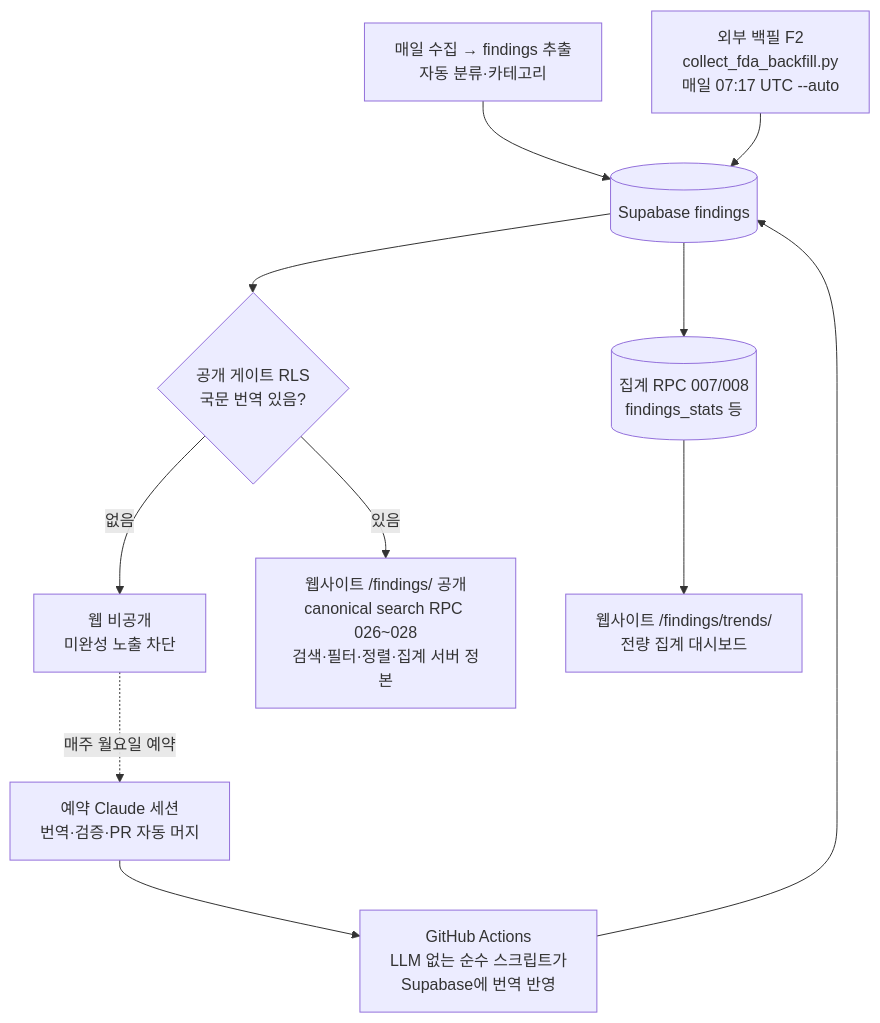
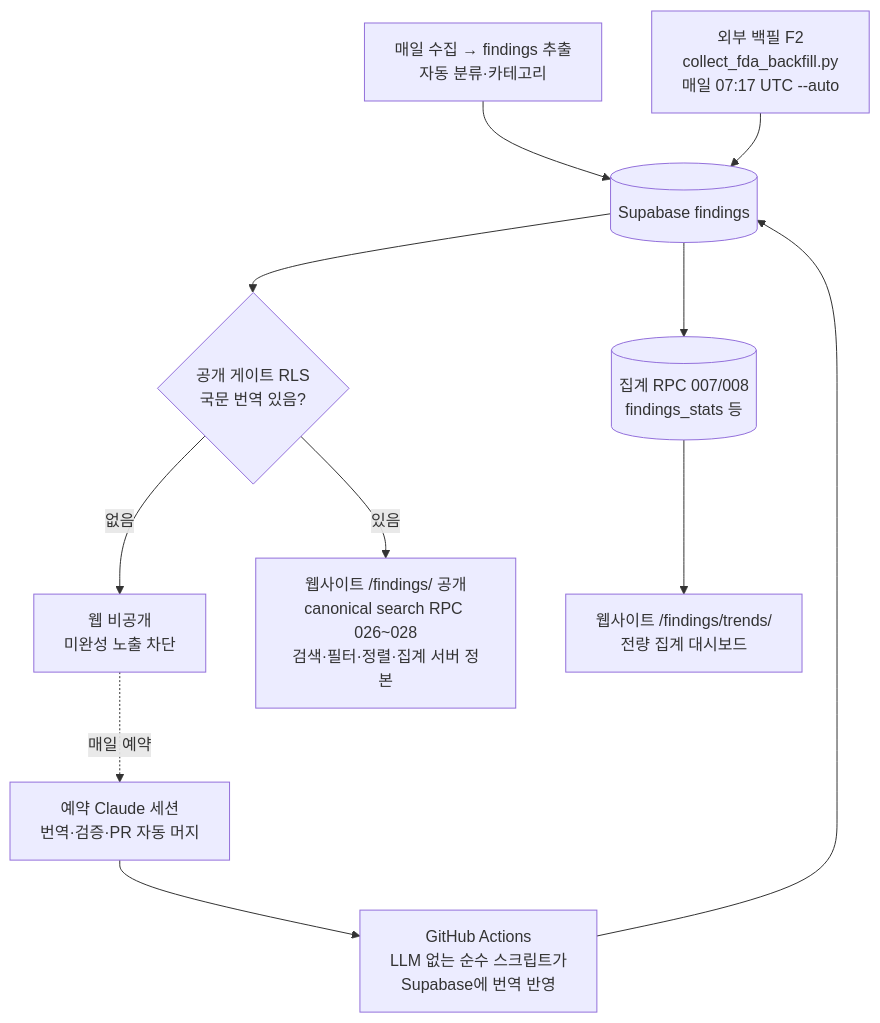
The third of 3 diagrams in GRM_SYSTEM.md (MINHOYEOM/grm-api-intake), drawn with Mermaid before and after one commit. The commit also changed other lines of this file, not shown here.

````diff
--- a/GRM_SYSTEM.md
+++ b/GRM_SYSTEM.md
@@ -211,13 +211,13 @@
 ```mermaid
 flowchart TD
     A[매일 수집 → findings 추출<br/>자동 분류·카테고리] --> B[(Supabase findings)]
     Z[외부 백필 F2<br/>collect_fda_backfill.py<br/>매일 07:17 UTC --auto] --> B
     B --> C{공개 게이트 RLS<br/>국문 번역 있음?}
     C -->|없음| D[웹 비공개<br/>미완성 노출 차단]
     C -->|있음| E[웹사이트 /findings/ 공개<br/>canonical search RPC 026~028<br/>검색·필터·정렬·집계 서버 정본]
-    D -. 매주 월요일 예약 .-> F[예약 Claude 세션<br/>번역·검증·PR 자동 머지]
+    D -. 매일 예약 .-> F[예약 Claude 세션<br/>번역·검증·PR 자동 머지]
     F --> G[GitHub Actions<br/>LLM 없는 순수 스크립트가<br/>Supabase에 번역 반영]
     G --> B
     B --> H[(집계 RPC 007/008<br/>findings_stats 등)]
     H --> I[웹사이트 /findings/trends/<br/>전량 집계 대시보드]
 ```
````
